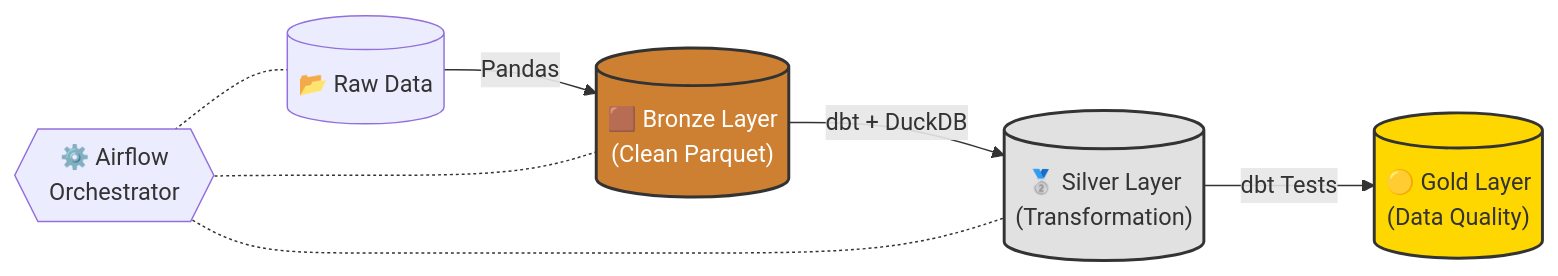
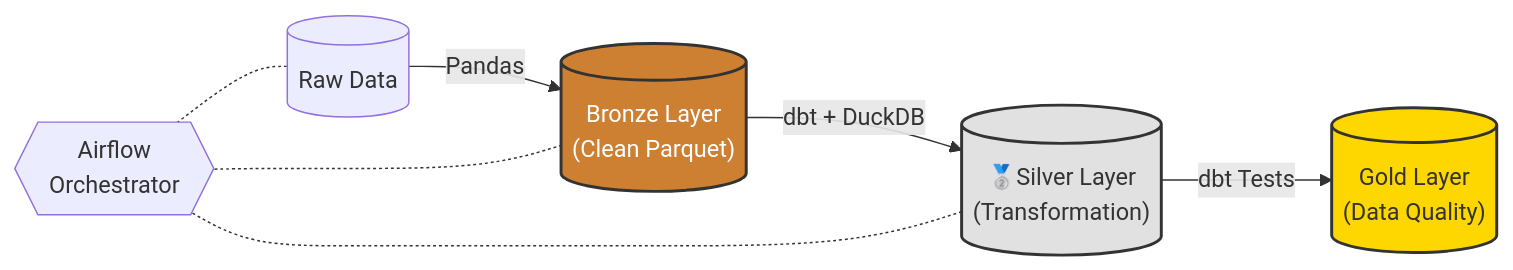
The diagram in Entrega.md (GonzaloParedes/examen_ing_de_sw_n_data_final), drawn with Mermaid before and after one commit. The commit also changed other lines of this file, not shown here.

Commit message:
Revise project structure and architecture diagram
Updated project structure and architecture diagram in documentation.

````diff
--- a/Entrega.md
+++ b/Entrega.md
@@ -31,21 +36,21 @@
 ```mermaid
 flowchart LR
-    Raw[("📂 Raw Data")]
-    Bronze[("🟫 Bronze Layer\n(Clean Parquet)")]
-    Silver[("🥈 Silver Layer\n(Transformation)")]
-    Gold[("🟡 Gold Layer\n(Data Quality)")]
-    Airflow{{"⚙️ Airflow\nOrchestrator"}}
+    Raw[("Raw Data")]
+    Bronze[("Bronze Layer\n(Clean Parquet)")]
+    Silver[("🥈Silver Layer\n(Transformation)")]
+    Gold[("Gold Layer\n(Data Quality)")]
+    Airflow{{"Airflow\nOrchestrator"}}
 
     Raw -->|Pandas| Bronze
     Bronze -->|dbt + DuckDB| Silver
     Silver -->|dbt Tests| Gold
     
     Airflow -.- Raw
     Airflow -.- Bronze
     Airflow -.- Silver
 
     %% Estilos de colores
     style Bronze fill:#cd7f32,stroke:#333,stroke-width:2px,color:white
     style Silver fill:#e1e1e1,stroke:#333,stroke-width:2px
     style Gold fill:#ffd700,stroke:#333,stroke-width:2px
 ```
````
